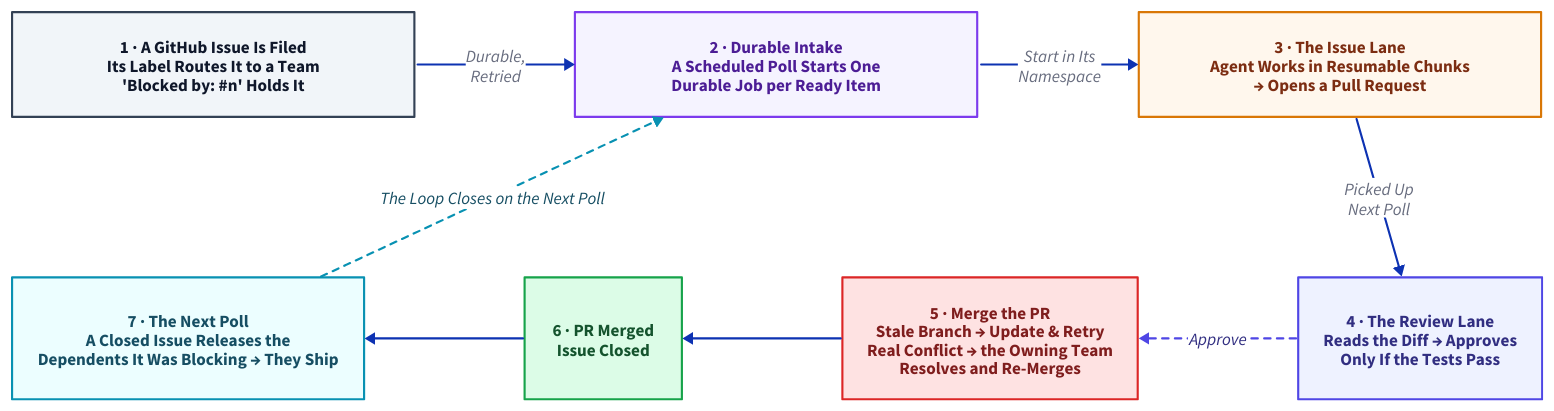
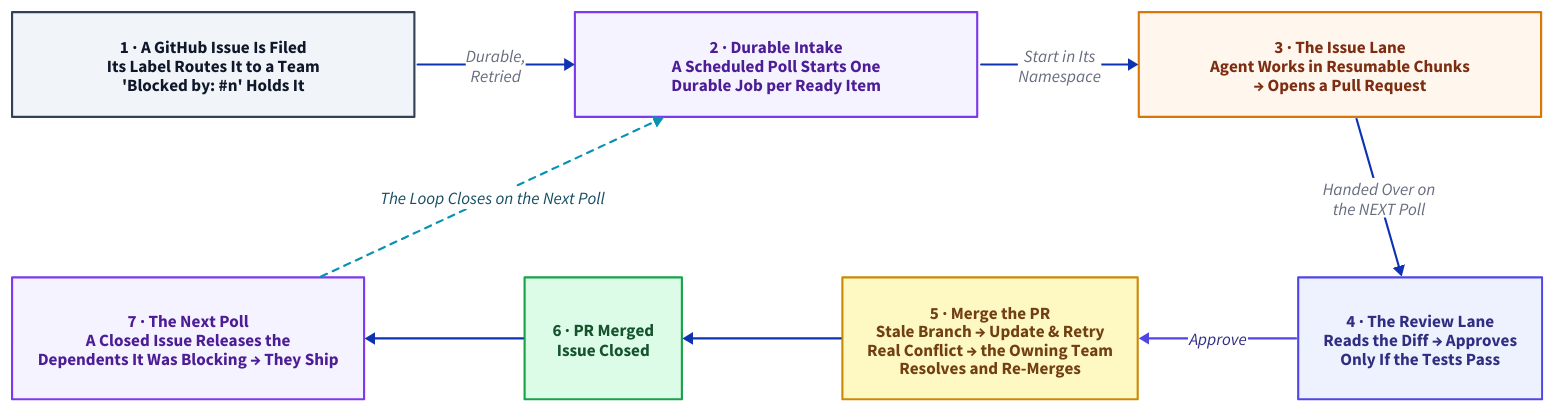
Before and after one commit to thumarrushik/crash-proof-team-of-coding-agents: the diagram in assets/diagram-src/pipeline.d2, drawn with D2. The commit also changed 45 other files, not shown here.

```diff
--- a/assets/diagram-src/pipeline.d2
+++ b/assets/diagram-src/pipeline.d2
@@ -1,38 +1,38 @@
 # The whole pipeline: one GitHub issue, durably driven to a merged PR.
 # Laid out clockwise: 1,2,3 across the top; 7,6,5,4 across the bottom. The wrap
 # edge (3->4) hugs the right and the loop-back (7->2) hugs the left, so they
 # never cross. grid-rows:2 splits row-major (3 top, 4 bottom).
 grid-rows: 2
 horizontal-gap: 150
 vertical-gap: 150
 
 issue: "1 · A GitHub Issue Is Filed\nIts Label Routes It to a Team\n'Blocked by: #n' Holds It" {
   style: {fill: "#f1f5f9"; stroke: "#334155"; font-color: "#0f172a"; bold: true}
 }
 intake: "2 · Durable Intake\nA Scheduled Poll Starts One\nDurable Job per Ready Item" {
   style: {fill: "#f5f3ff"; stroke: "#7c3aed"; font-color: "#4c1d95"; bold: true}
 }
 build: "3 · The Issue Lane\nAgent Works in Resumable Chunks\n→ Opens a Pull Request" {
   style: {fill: "#fff7ed"; stroke: "#d97706"; font-color: "#7c2d12"; bold: true}
 }
 
 unblock: "7 · The Next Poll\nA Closed Issue Releases the\nDependents It Was Blocking → They Ship" {
-  style: {fill: "#ecfeff"; stroke: "#0891b2"; font-color: "#164e63"; bold: true}
+  style: {fill: "#f5f3ff"; stroke: "#7c3aed"; font-color: "#4c1d95"; bold: true}
 }
 merged: "6 · PR Merged\nIssue Closed" {
   style: {fill: "#dcfce7"; stroke: "#16a34a"; font-color: "#14532d"; bold: true}
 }
 merge: "5 · Merge the PR\nStale Branch → Update & Retry\nReal Conflict → the Owning Team\nResolves and Re-Merges" {
-  style: {fill: "#fee2e2"; stroke: "#dc2626"; font-color: "#7f1d1d"; bold: true}
+  style: {fill: "#fef9c3"; stroke: "#ca8a04"; font-color: "#713f12"; bold: true}
 }
 review: "4 · The Review Lane\nReads the Diff → Approves\nOnly If the Tests Pass" {
   style: {fill: "#eef2ff"; stroke: "#4f46e5"; font-color: "#312e81"; bold: true}
 }
 
 issue -> intake: "Durable,\nRetried"
 intake -> build: "Start in Its\nNamespace"
-build -> review: "Picked Up\nNext Poll"
-review -> merge: "Approve" {style: {stroke-dash: 3; stroke: "#4f46e5"; font-color: "#312e81"}}
+build -> review: "Handed Over on\nthe NEXT Poll"
+review -> merge: "Approve" {style: {stroke: "#4f46e5"; font-color: "#312e81"}}
 merge -> merged
 merged -> unblock
 unblock -> intake: "The Loop Closes on the Next Poll" {style: {stroke-dash: 3; stroke: "#0891b2"; font-color: "#164e63"}}
```
